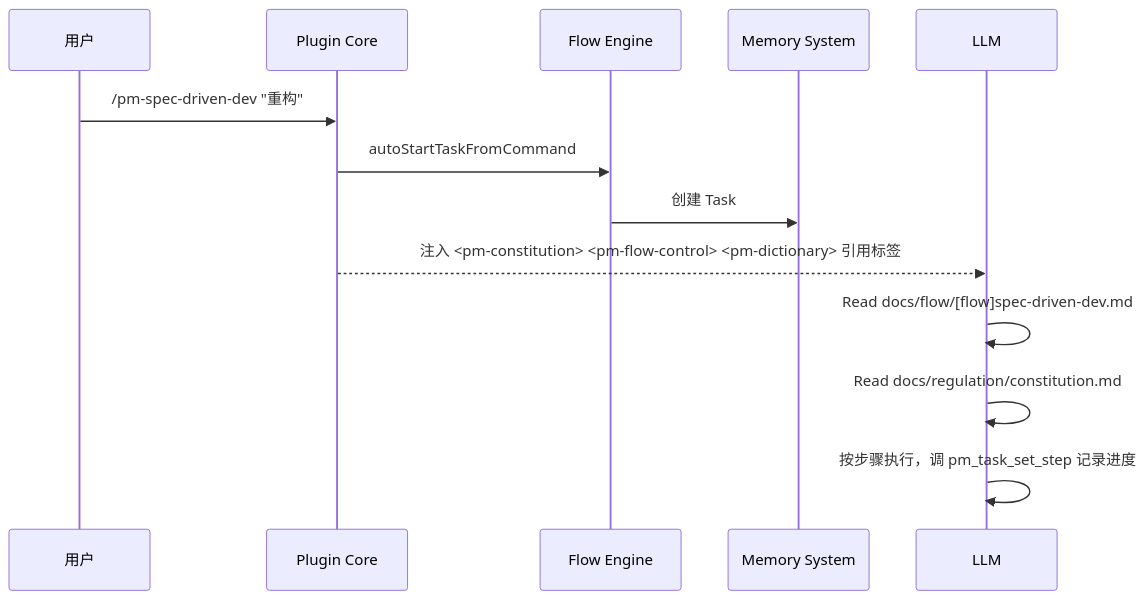
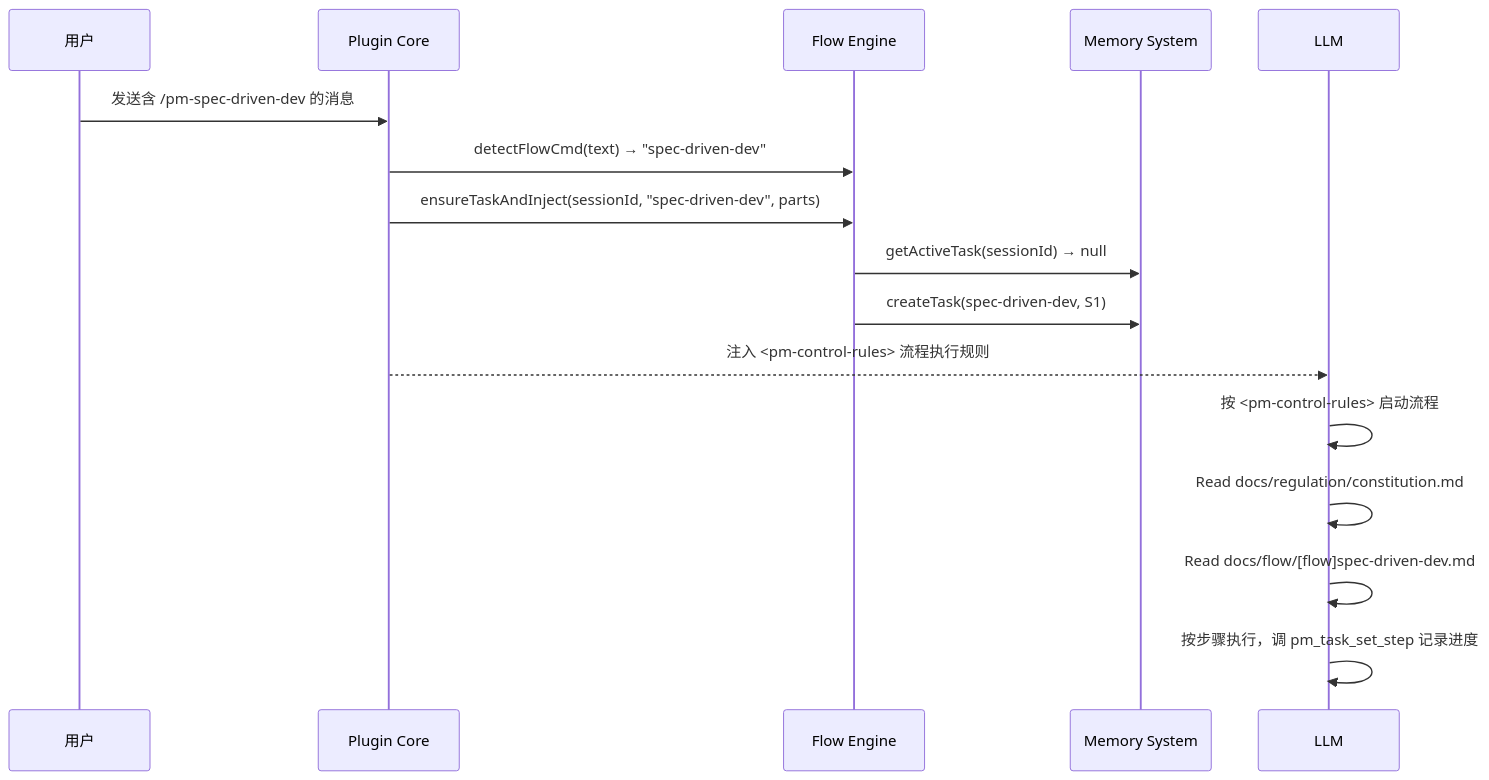
The second of 2 diagrams in docs/spec/vibe-pm-overall.md (hank-cp/opencode-vibe-pm), drawn with Mermaid before and after one commit. The commit also changed other lines of this file and 3 other files, not shown here.

First line of the commit message:
docs(spec): 根据 plugin.ts / flow-engine.ts 重构同步更新 Spec 文档

````diff
--- a/docs/spec/vibe-pm-overall.md
+++ b/docs/spec/vibe-pm-overall.md
@@ -61,17 +61,20 @@
 ```mermaid
 sequenceDiagram
     participant User as 用户
     participant Core as Plugin Core
     participant Engine as Flow Engine
     participant Mem as Memory System
     participant LLM as LLM
 
-    User->>Core: /pm-spec-driven-dev "重构"
-    Core->>Engine: autoStartTaskFromCommand
-    Engine->>Mem: 创建 Task
-    Core-->>LLM: 注入 <pm-constitution> <pm-flow-control> <pm-dictionary> 引用标签
+    User->>Core: 发送含 /pm-spec-driven-dev 的消息
+    Core->>Engine: detectFlowCmd(text) → "spec-driven-dev"
+    Core->>Engine: ensureTaskAndInject(sessionId, "spec-driven-dev", parts)
+    Engine->>Mem: getActiveTask(sessionId) → null
+    Engine->>Mem: createTask(spec-driven-dev, S1)
+    Core-->>LLM: 注入 <pm-control-rules> 流程执行规则
 
+    LLM->>LLM: 按 <pm-control-rules> 启动流程
+    LLM->>LLM: Read docs/regulation/constitution.md
     LLM->>LLM: Read docs/flow/[flow]spec-driven-dev.md
-    LLM->>LLM: Read docs/regulation/constitution.md
     LLM->>LLM: 按步骤执行，调 pm_task_set_step 记录进度
 ```
````
